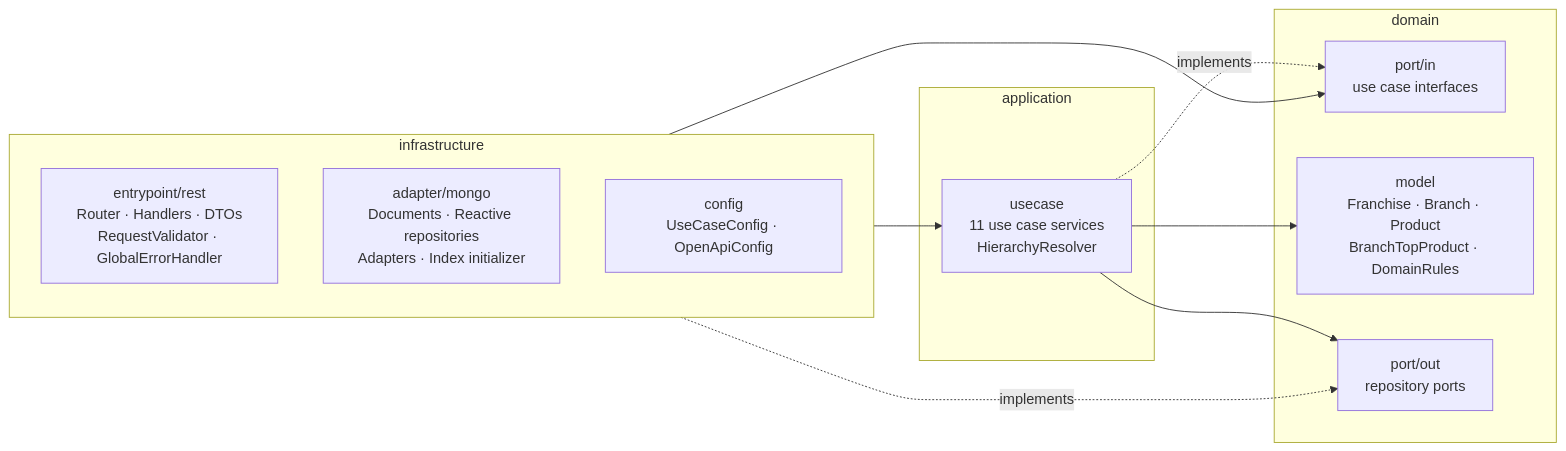
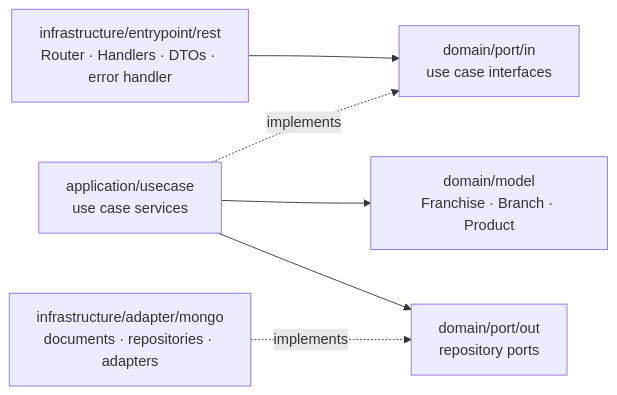
Before and after one commit to SantiagoRuizM/franquix: the diagram in README.md, drawn with Mermaid. The commit also changed other lines of this file and 4 other files, not shown here.

````diff
--- a/README.md
+++ b/README.md
@@ -37,23 +18,8 @@
 ```mermaid
 flowchart LR
-    subgraph infrastructure
-        direction TB
-        REST["entrypoint/rest<br/>Router · Handlers · DTOs<br/>RequestValidator · GlobalErrorHandler"]
-        MONGO["adapter/mongo<br/>Documents · Reactive repositories<br/>Adapters · Index initializer"]
-        CFG["config<br/>UseCaseConfig · OpenApiConfig"]
-    end
-    subgraph application
-        UC["usecase<br/>11 use case services<br/>HierarchyResolver"]
-    end
-    subgraph domain
-        IN["port/in<br/>use case interfaces"]
-        MODEL["model<br/>Franchise · Branch · Product<br/>BranchTopProduct · DomainRules"]
-        OUT["port/out<br/>repository ports"]
-    end
-    REST --> IN
-    UC -. implements .-> IN
-    UC --> MODEL
-    UC --> OUT
-    MONGO -. implements .-> OUT
-    CFG --> UC
+    REST["infrastructure/entrypoint/rest<br/>Router · Handlers · DTOs · error handler"] --> IN["domain/port/in<br/>use case interfaces"]
+    UC["application/usecase<br/>use case services"] -. implements .-> IN
+    UC --> MODEL["domain/model<br/>Franchise · Branch · Product"]
+    UC --> OUT["domain/port/out<br/>repository ports"]
+    MONGO["infrastructure/adapter/mongo<br/>documents · repositories · adapters"] -. implements .-> OUT
 ```
````
